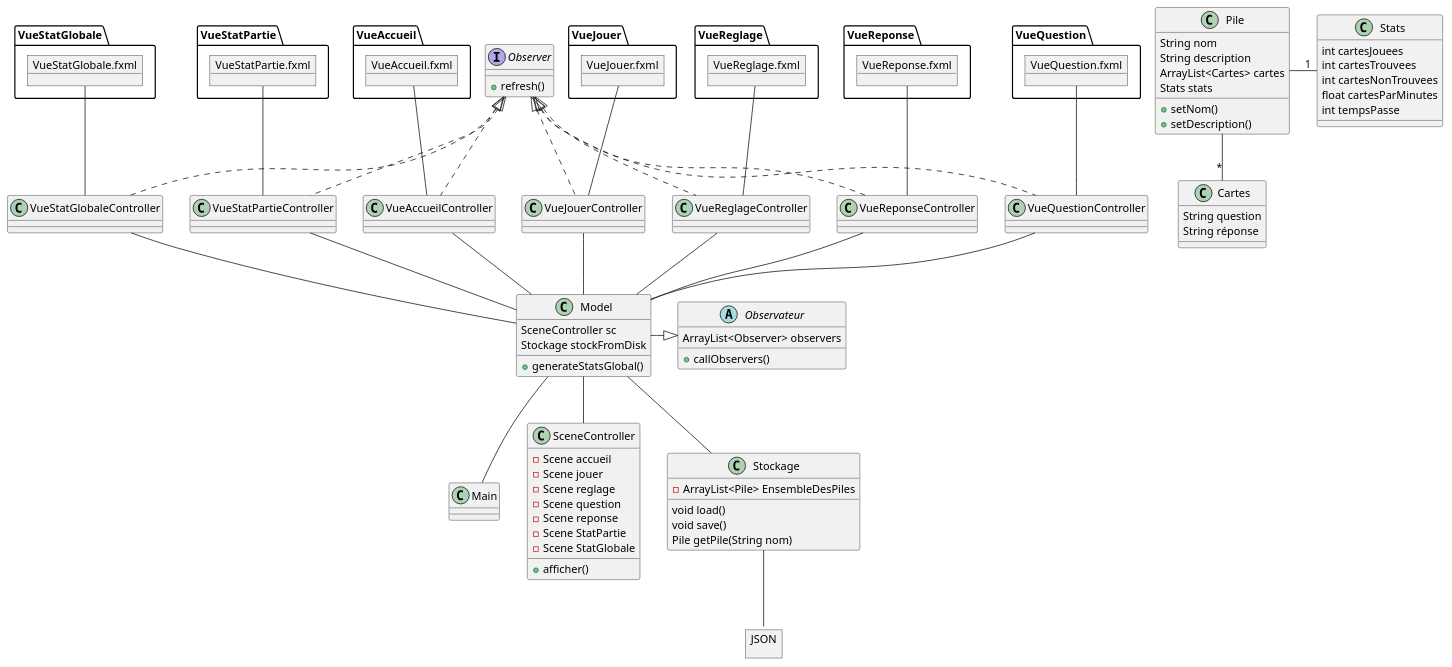
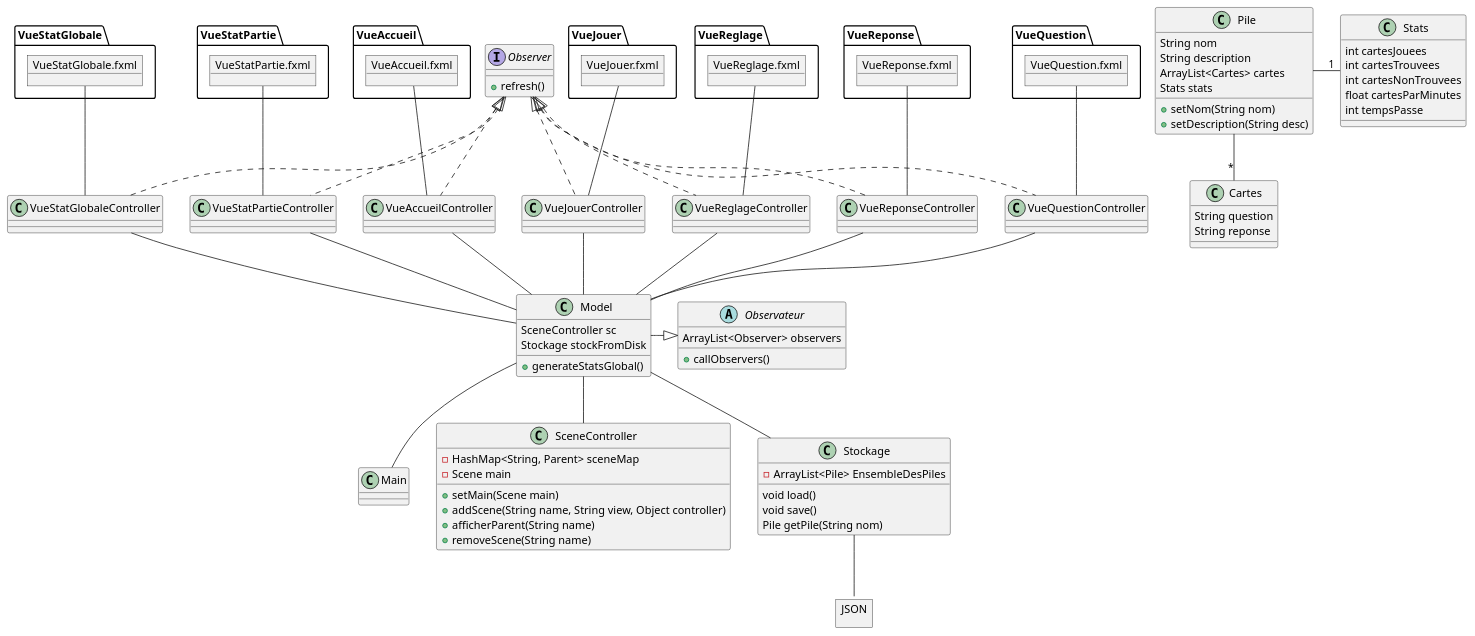
One commit to smarsou/academic-javafx-project changed the diagram in gp/classDiag.puml. Above: the diagram before and after it, drawn with PlantUML. The commit also changed 12 other files, not shown here.

Commit message:
Mise à jour Diagramme

```diff
--- a/gp/classDiag.puml
+++ b/gp/classDiag.puml
@@ -1,150 +1,148 @@
 @startuml
 
 class Main{
 
 }
 
 interface Observer{
     +refresh()
 }
 
 abstract Observateur{
     ArrayList<Observer> observers
     +callObservers()
 }
 
 class Model{
 
   SceneController sc
   Stockage stockFromDisk
   +generateStatsGlobal()
   
 }
 
 class SceneController{
-    -Scene accueil
-    -Scene jouer
-    -Scene reglage
-    -Scene question
-    -Scene reponse
-    -Scene StatPartie
-    -Scene StatGlobale
-+afficher()
+    -HashMap<String, Parent> sceneMap
+    -Scene main
+    +setMain(Scene main)
+    +addScene(String name, String view, Object controller)
+    +afficherParent(String name)
+    +removeScene(String name)
 }
 
 class Stockage {
 - ArrayList<Pile> EnsembleDesPiles
 void load()
 void save()
 Pile getPile(String nom)
 }
 
 json JSON {
 
 }
 
 class VueStatGlobaleController implements Observer{
 
 }
 
 object VueStatGlobale.fxml {
 
 }
 
 class VueStatPartieController implements Observer{
 
 }
 
 object VueStatPartie.fxml {
 
 }
 
 class VueAccueilController implements Observer{
 
 }
 
 object VueAccueil.fxml {
 
 }
 
 class VueJouerController implements Observer{
 
 }
 
 object VueJouer.fxml {
 
 }
 
 class VueReglageController implements Observer{
 
 }
 
 object VueReglage.fxml {
 
 }
 
 class VueReponseController implements Observer{
 
 }
 
 object VueReponse.fxml {
 
 }
 
 class VueQuestionController implements Observer{
 
 }
 
 class Pile{
     String nom
     String description 
     ArrayList<Cartes> cartes
     Stats stats
-    +setNom()
-    +setDescription()
+    +setNom(String nom)
+    +setDescription(String desc)
 }
 
 class Cartes{
     String question
-    String réponse 
+    String reponse 
 }
 
 class Stats{
     int cartesJouees
     int cartesTrouvees
     int cartesNonTrouvees
     float cartesParMinutes
     int tempsPasse
 }
 
 
 object VueQuestion.fxml {
 
 }
 
 Pile -down- "*" Cartes
 Pile -right- "1" Stats
 
 Main -up- Model
 Model -right-|> Observateur
 SceneController -up- Model
 Stockage -up- Model
 Stockage -- JSON
 
 VueQuestionController -- Model
 VueReponseController -- Model
 VueStatGlobaleController -- Model
 VueStatPartieController -- Model
 VueAccueilController -- Model
 VueJouerController -- Model
 VueReglageController -- Model
 
 VueQuestionController -up- VueQuestion.fxml
 VueReponseController -up- VueReponse.fxml
 VueStatGlobaleController -up- VueStatGlobale.fxml
 VueStatPartieController -up- VueStatPartie.fxml
 VueAccueilController -up- VueAccueil.fxml
 VueJouerController -up- VueJouer.fxml
 VueReglageController -up- VueReglage.fxml
 
 @enduml
```
